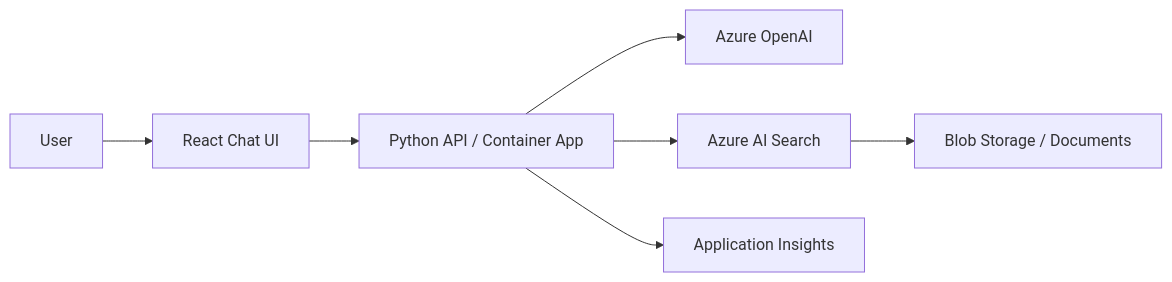
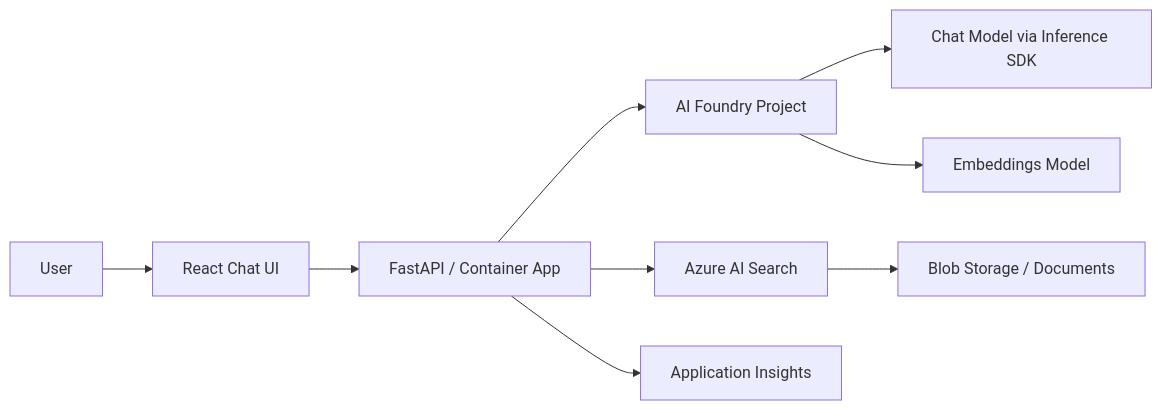
The diagram in references/rag-chatbot.md (kumaraksh1/foundry-template-skill), drawn with Mermaid before and after one commit. The commit also changed other lines of this file and 14 other files, not shown here.

````diff
--- a/references/rag-chatbot.md
+++ b/references/rag-chatbot.md
@@ -8,9 +8,11 @@
 ```mermaid
 graph LR
     User[User] --> Frontend[React Chat UI]
-    Frontend --> API[Python API / Container App]
-    API --> OpenAI[Azure OpenAI]
+    Frontend --> API[FastAPI / Container App]
+    API --> AIProject[AI Foundry Project]
+    AIProject --> ChatModel[Chat Model via Inference SDK]
+    AIProject --> EmbedModel[Embeddings Model]
     API --> Search[Azure AI Search]
     Search --> Storage[Blob Storage / Documents]
     API --> AppInsights[Application Insights]
 ```
````
